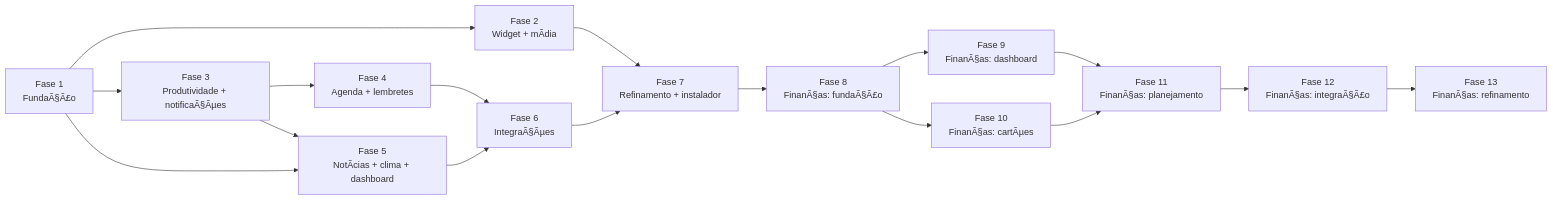
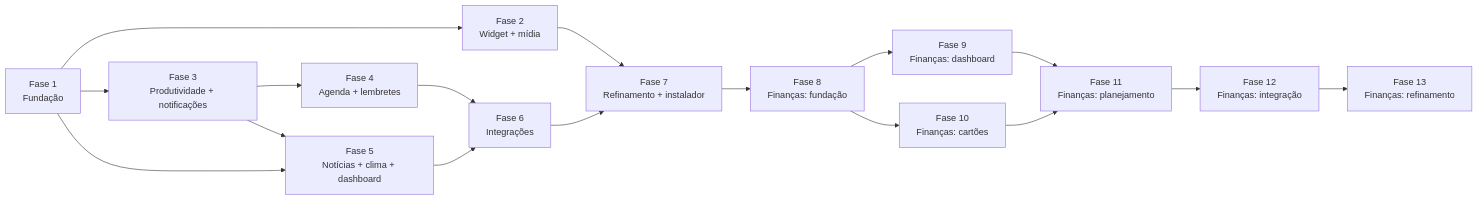
One commit to filipimantelato/diaryGhost changed the diagram in ROADMAP.md. Above: the diagram before and after it, drawn with Mermaid. The commit also changed other lines of this file and 21 other files, not shown here.

First line of the commit message:
Fase 10: cartões de crédito (compras parceladas, faturas e pagamentos)

````diff
--- a/ROADMAP.md
+++ b/ROADMAP.md
@@ -7,19 +7,19 @@
 ```mermaid
 flowchart LR
-  F1[Fase 1<br/>FundaÃ§Ã£o] --> F2[Fase 2<br/>Widget + mÃ­dia]
-  F1 --> F3[Fase 3<br/>Produtividade + notificaÃ§Ãµes]
+  F1[Fase 1<br/>Fundação] --> F2[Fase 2<br/>Widget + mídia]
+  F1 --> F3[Fase 3<br/>Produtividade + notificações]
   F3 --> F4[Fase 4<br/>Agenda + lembretes]
-  F1 --> F5[Fase 5<br/>NotÃ­cias + clima + dashboard]
+  F1 --> F5[Fase 5<br/>Notícias + clima + dashboard]
   F3 --> F5
-  F4 --> F6[Fase 6<br/>IntegraÃ§Ãµes]
+  F4 --> F6[Fase 6<br/>Integrações]
   F5 --> F6
   F2 --> F7[Fase 7<br/>Refinamento + instalador]
   F6 --> F7
-  F7 --> F8[Fase 8<br/>FinanÃ§as: fundaÃ§Ã£o]
-  F8 --> F9[Fase 9<br/>FinanÃ§as: dashboard]
-  F8 --> F10[Fase 10<br/>FinanÃ§as: cartÃµes]
-  F9 --> F11[Fase 11<br/>FinanÃ§as: planejamento]
+  F7 --> F8[Fase 8<br/>Finanças: fundação]
+  F8 --> F9[Fase 9<br/>Finanças: dashboard]
+  F8 --> F10[Fase 10<br/>Finanças: cartões]
+  F9 --> F11[Fase 11<br/>Finanças: planejamento]
   F10 --> F11
-  F11 --> F12[Fase 12<br/>FinanÃ§as: integraÃ§Ã£o]
-  F12 --> F13[Fase 13<br/>FinanÃ§as: refinamento]
+  F11 --> F12[Fase 12<br/>Finanças: integração]
+  F12 --> F13[Fase 13<br/>Finanças: refinamento]
 ```
````
